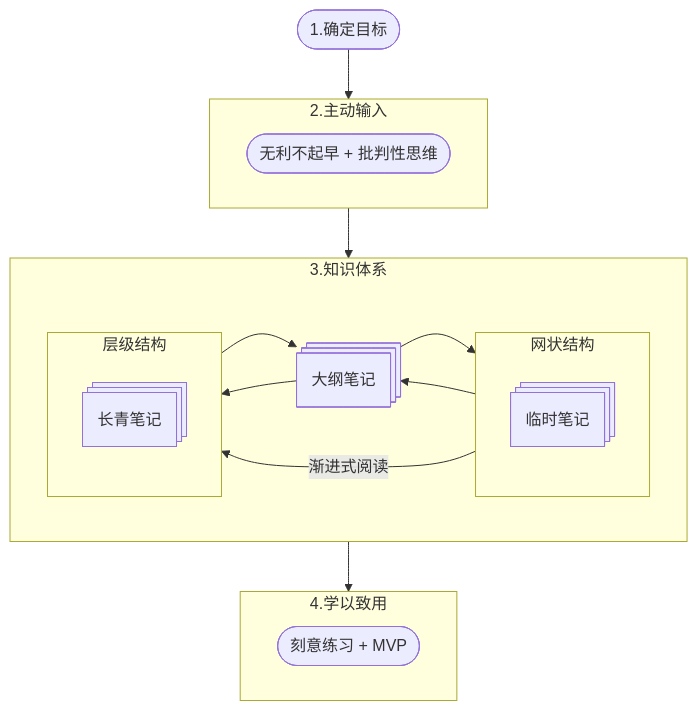
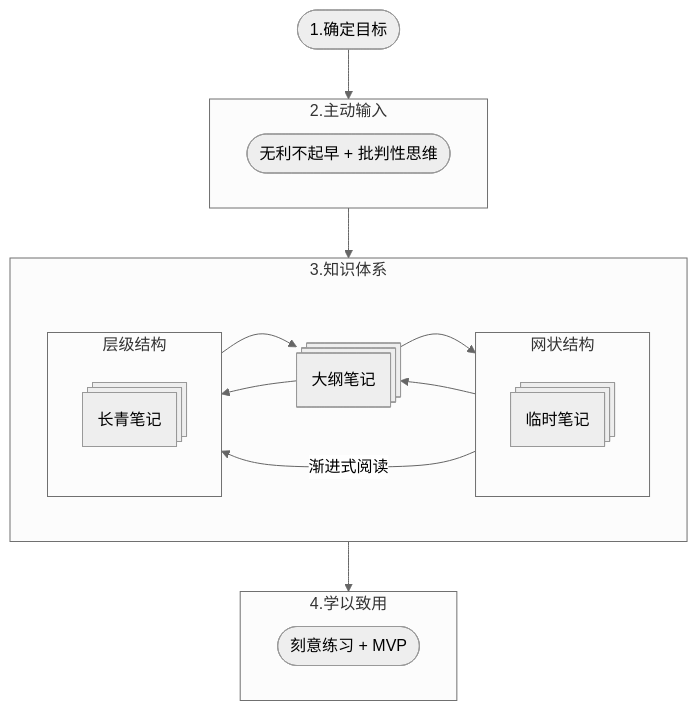
One commit to El25Aleph/_Aleph changed the diagram in docs/PKM-blog-我的知识管理-认知篇.md. Above: the diagram before and after it, drawn with Mermaid. The commit also changed 43 other files, not shown here.

`````diff
--- a/docs/PKM-blog-我的知识管理-认知篇.md
+++ b/docs/PKM-blog-我的知识管理-认知篇.md
@@ -9,35 +9,35 @@
 ```mermaid
-%%{init:{'theme': ''}}%%
+%%{init:{'theme': 'neutral'}}%%
 flowchart TD
     确定目标@{ shape: stadium, label: "1.确定目标" }
     subgraph 1[4.学以致用]
     刻意练习@{ shape: stadium, label: "刻意练习 + MVP" }
     %%MVP@{ shape: stadium, label: "MVP" }
     end
     subgraph 2[2.主动输入]
     批判性思维@{ shape: stadium, label: "无利不起早 + 批判性思维" }
     %%无利不起早@{ shape: stadium, label: "无利不起早" }
     end
     subgraph 3[3.知识体系]
     长青笔记@{ shape: procs, label: "长青笔记" }
     大纲笔记@{ shape: procs, label: "大纲笔记" }
     临时笔记@{ shape: procs, label: "临时笔记" }
     direction LR
         %%长青笔记 --> 大纲笔记
         %%大纲笔记 --> 长青笔记
         subgraph 4[层级结构]
         长青笔记
         end
         %%大纲笔记 --> 临时笔记
         %%临时笔记 --> 大纲笔记
         subgraph 5[网状结构]
         临时笔记
         end
     %%临时笔记 --> |渐进式阅读|长青笔记
     4 --> 大纲笔记 --> 5
     5 --> 大纲笔记 --> 4
     5 --> |渐进式阅读|4
 
     end
 确定目标 --> 2 --> 3 --> 1
 ````
`````
